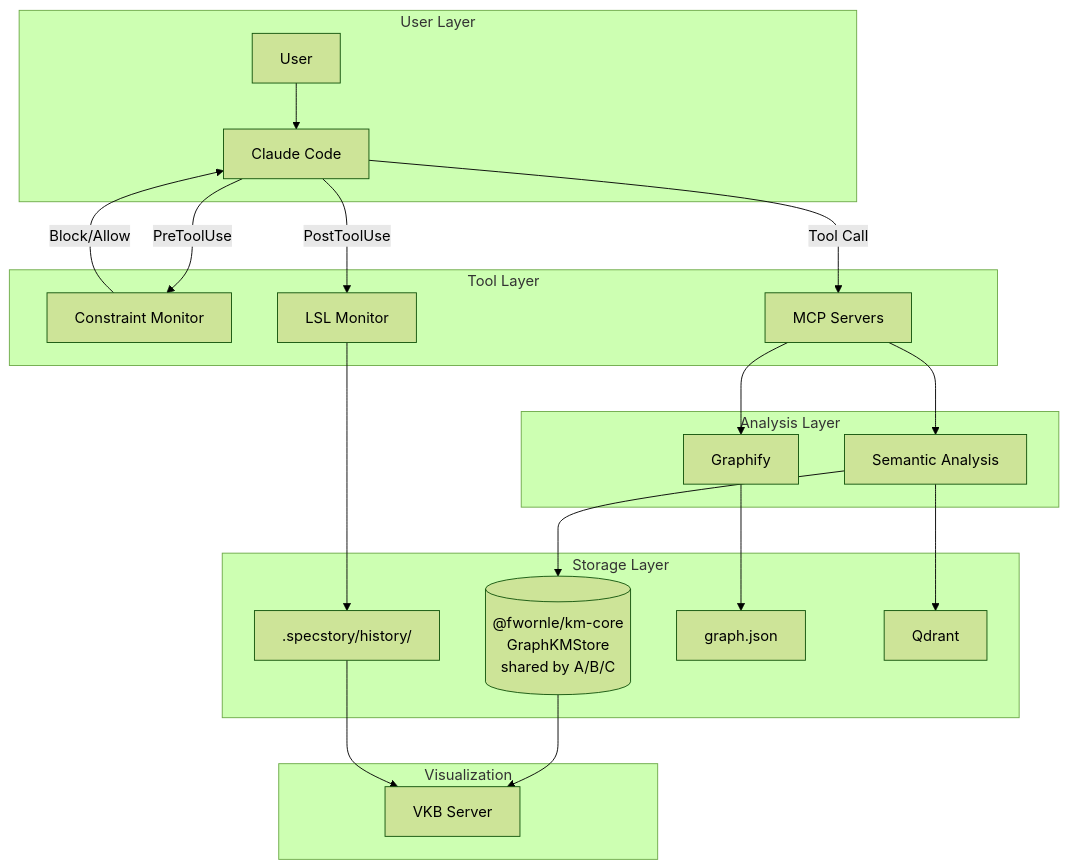
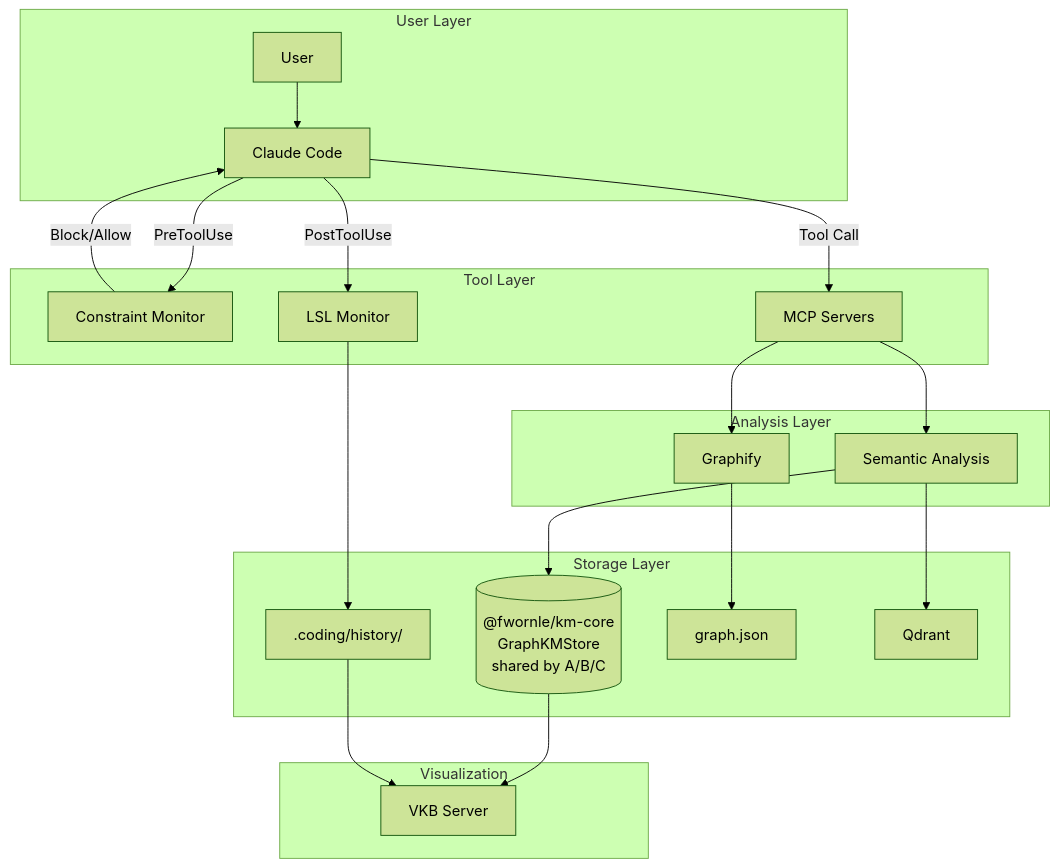
Before and after one commit to fwornle/coding: the first of 2 diagrams in docs-content/architecture/data-flow.md, drawn with Mermaid (forest theme). The commit also changed other lines of this file and 71 other files, not shown here.

First line of the commit message:
docs(t10): session logs live in .coding/history; .specstory/ is gone

````diff
--- a/docs-content/architecture/data-flow.md
+++ b/docs-content/architecture/data-flow.md
@@ -9,30 +9,30 @@
 ```mermaid
 flowchart TB
     subgraph "User Layer"
         U[User] --> CC[Claude Code]
     end
 
     subgraph "Tool Layer"
         CC -->|PreToolUse| CM[Constraint Monitor]
         CM -->|Block/Allow| CC
         CC -->|Tool Call| MCP[MCP Servers]
         CC -->|PostToolUse| LSL[LSL Monitor]
     end
 
     subgraph "Analysis Layer"
         MCP --> SA[Semantic Analysis]
         MCP --> CGR[Graphify]
     end
 
     subgraph "Storage Layer"
-        LSL --> FS[.specstory/history/]
+        LSL --> FS[.coding/history/]
         SA --> KMC[("@fwornle/km-core<br/>GraphKMStore<br/>shared by A/B/C")]
         CGR --> MG[graph.json]
         SA --> QD[Qdrant]
     end
 
     subgraph "Visualization"
         KMC --> VKB[VKB Server]
         FS --> VKB
     end
 ```
````
